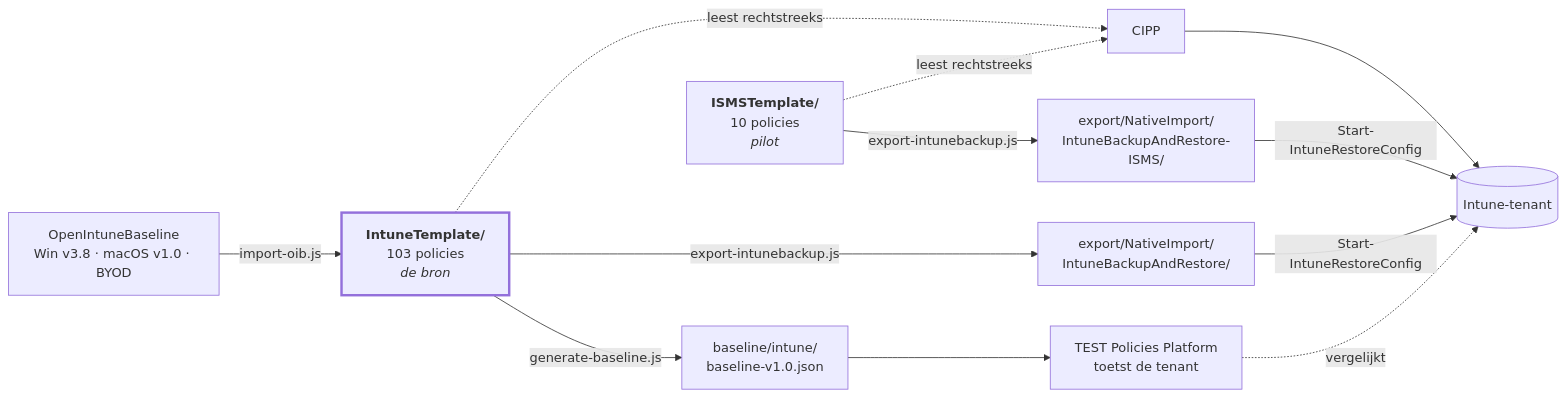
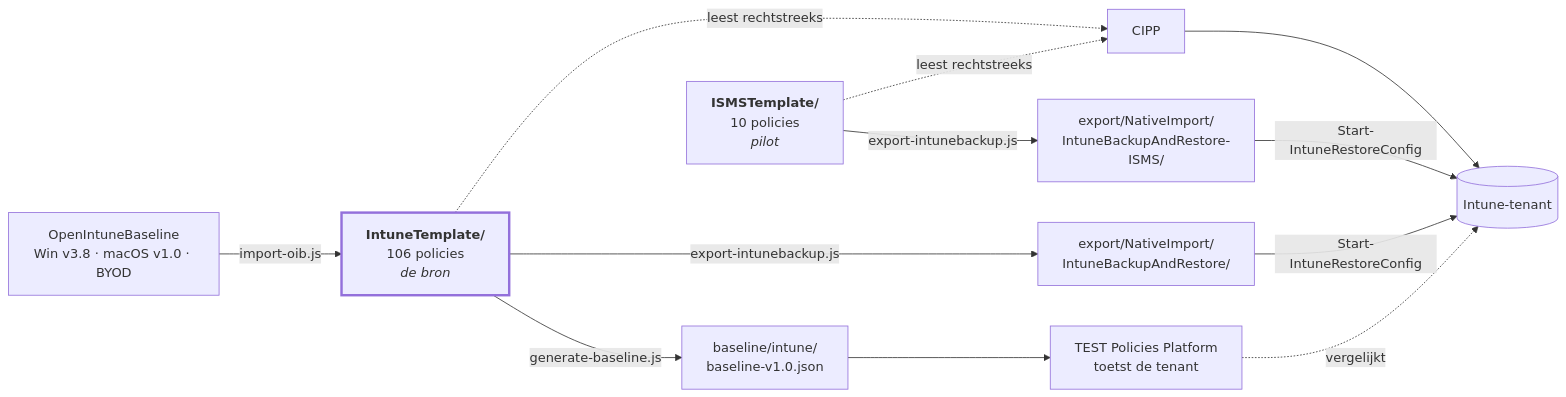
The diagram in README.md (sjkanon/IntuneBackup), drawn with Mermaid before and after one commit. The commit also changed other lines of this file and 24 other files, not shown here.

````diff
--- a/README.md
+++ b/README.md
@@ -17,24 +17,24 @@
 ```mermaid
 flowchart LR
   OIB["OpenIntuneBaseline<br/>Win v3.8 · macOS v1.0 · BYOD"]
-  T["<b>IntuneTemplate/</b><br/>103 policies<br/><i>de bron</i>"]
+  T["<b>IntuneTemplate/</b><br/>106 policies<br/><i>de bron</i>"]
   BL["baseline/intune/<br/>baseline-v1.0.json"]
   EX["export/NativeImport/<br/>IntuneBackupAndRestore/"]
   TENANT[("Intune-tenant")]
 
   OIB -->|import-oib.js| T
   T -->|generate-baseline.js| BL
   T -->|export-intunebackup.js| EX
   T -.->|leest rechtstreeks| CIPP[CIPP]
   BL --> PLAT["TEST Policies Platform<br/>toetst de tenant"]
   EX -->|Start-IntuneRestoreConfig| TENANT
   CIPP --> TENANT
   PLAT -.->|vergelijkt| TENANT
 
   ISMS["<b>ISMSTemplate/</b><br/>10 policies<br/><i>pilot</i>"]
   ISMS -->|export-intunebackup.js| EXI["export/NativeImport/<br/>IntuneBackupAndRestore-ISMS/"]
   ISMS -.->|leest rechtstreeks| CIPP
   EXI -->|Start-IntuneRestoreConfig| TENANT
 
   style T stroke-width:3px
 ```
````
